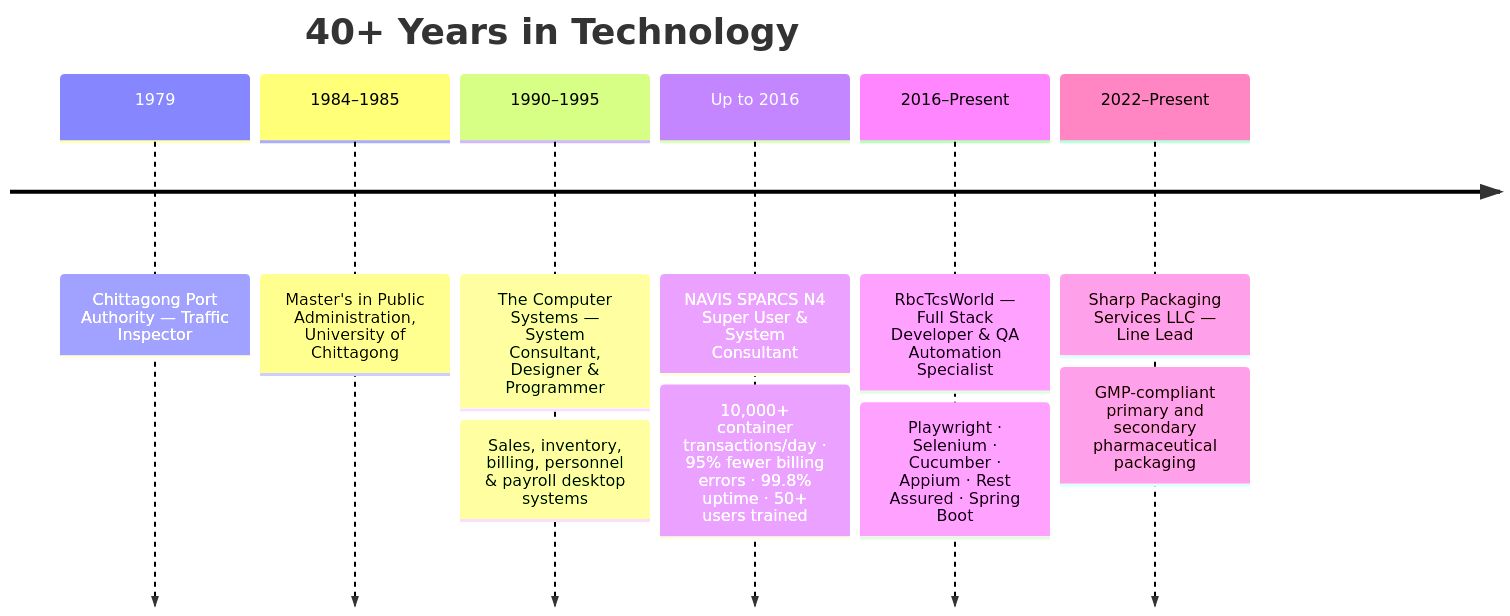
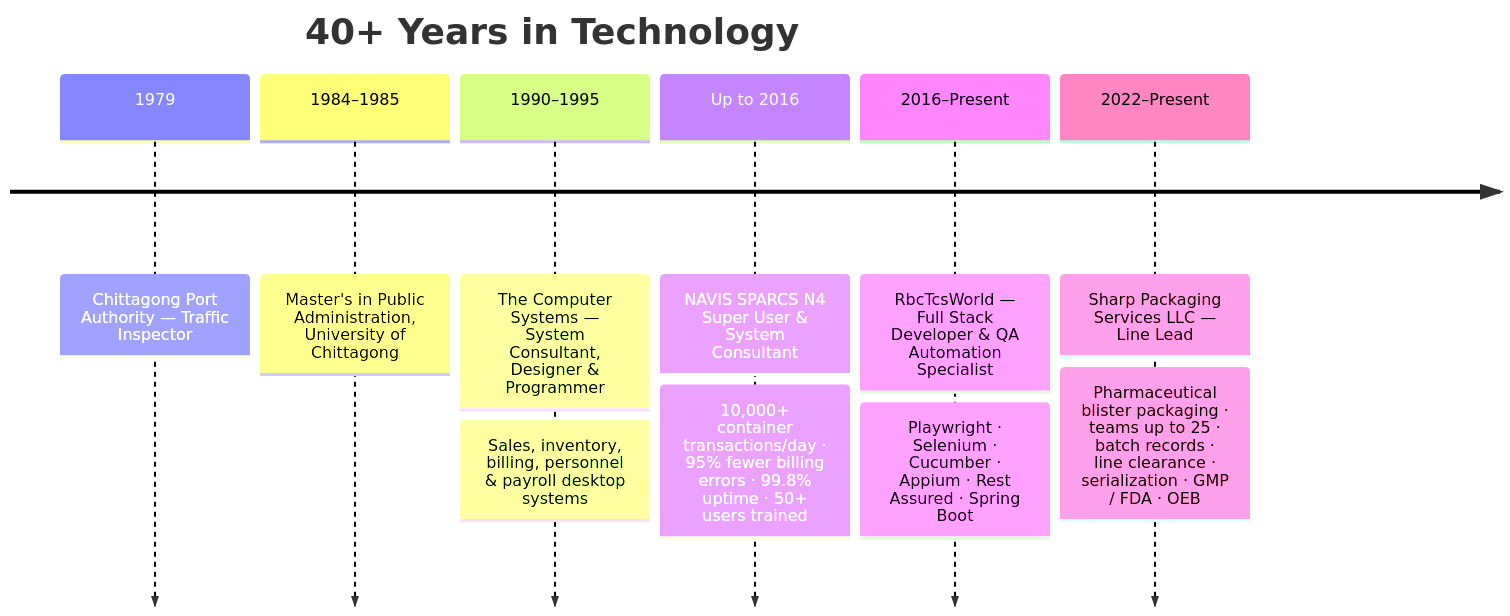
Before and after one commit to rbchy/rbchy: the fifth of 5 diagrams in README.md, drawn with Mermaid. The commit also changed other lines of this file and 1 other file, not shown here.

Commit message:
Career: Sharp Packaging details (blister packaging, teams up to 25, batch records, line clearance, serialization, GMP/FDA, OEB)
Claude-Session: https://claude.ai/code/session_01Qs2216bJeCydYm8wNkm2Yv

````diff
--- a/README.md
+++ b/README.md
@@ -563,14 +563,14 @@
 ```mermaid
 timeline
     title 40+ Years in Technology
     1979 : Chittagong Port Authority — Traffic Inspector
     1984–1985 : Master's in Public Administration, University of Chittagong
     1990–1995 : The Computer Systems — System Consultant, Designer & Programmer
               : Sales, inventory, billing, personnel & payroll desktop systems
     Up to 2016 : NAVIS SPARCS N4 Super User & System Consultant
                : 10,000+ container transactions/day · 95% fewer billing errors · 99.8% uptime · 50+ users trained
     2016–Present : RbcTcsWorld — Full Stack Developer & QA Automation Specialist
                  : Playwright · Selenium · Cucumber · Appium · Rest Assured · Spring Boot
     2022–Present : Sharp Packaging Services LLC — Line Lead
-                 : GMP-compliant primary and secondary pharmaceutical packaging
+                 : Pharmaceutical blister packaging · teams up to 25 · batch records · line clearance · serialization · GMP / FDA · OEB
 ```
````
